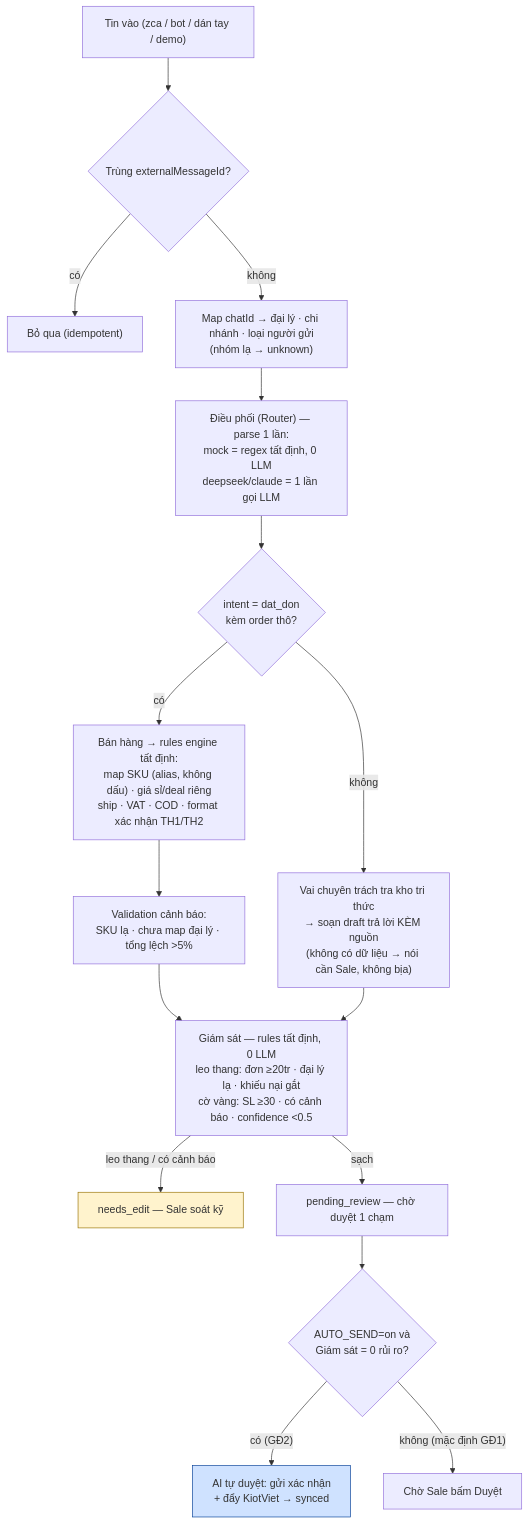
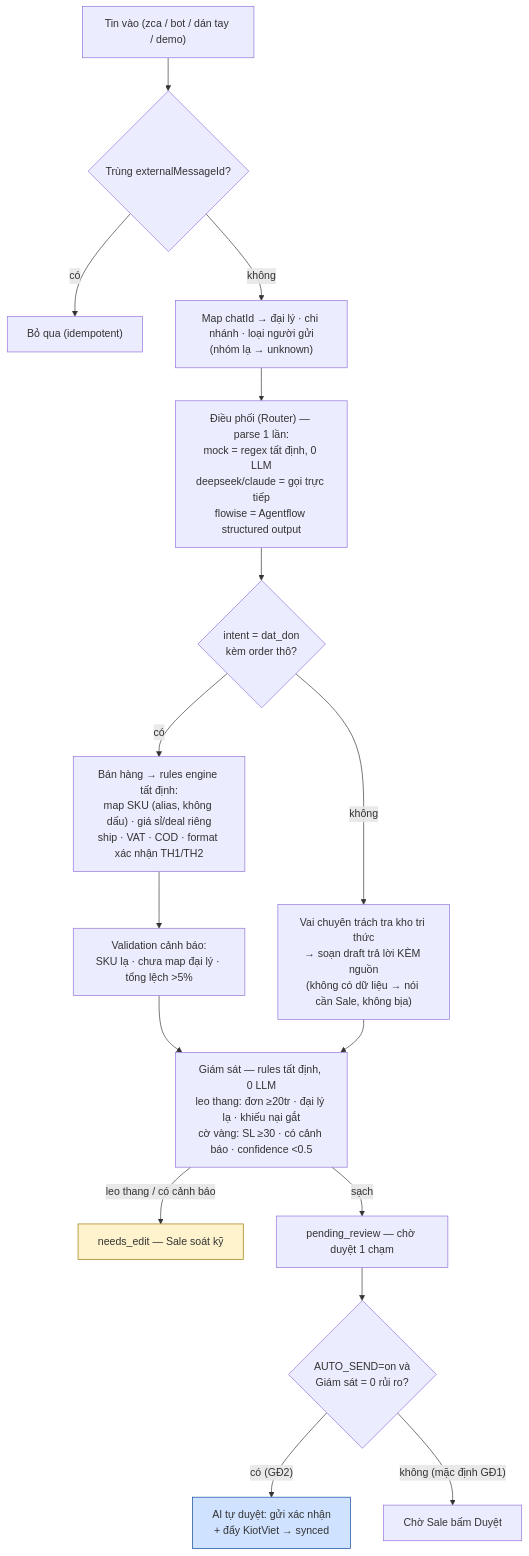
One commit to phungtienviet14-sketch/nexagnet-platform changed the fifth of 12 diagrams in docs/so-do-he-thong.md. Above: the diagram before and after it, drawn with Mermaid. The commit also changed other lines of this file and 43 other files, not shown here.

Commit message:
feat: integrate Flowise parser and GCP pilot stack

````diff
--- a/docs/so-do-he-thong.md
+++ b/docs/so-do-he-thong.md
@@ -230,21 +241,21 @@
 ```mermaid
 flowchart TD
     IN3["Tin vào (zca / bot / dán tay / demo)"] --> DEDUP{"Trùng externalMessageId?"}
     DEDUP -->|có| DROP["Bỏ qua (idempotent)"]
     DEDUP -->|không| RESOLVE["Map chatId → đại lý · chi nhánh · loại người gửi<br/>(nhóm lạ → unknown)"]
-    RESOLVE --> ROUTER["Điều phối (Router) — parse 1 lần:<br/>mock = regex tất định, 0 LLM<br/>deepseek/claude = 1 lần gọi LLM"]
+    RESOLVE --> ROUTER["Điều phối (Router) — parse 1 lần:<br/>mock = regex tất định, 0 LLM<br/>deepseek/claude = gọi trực tiếp<br/>flowise = Agentflow structured output"]
     ROUTER --> ISORDER{"intent = dat_don<br/>kèm order thô?"}
     ISORDER -->|có| PRICE3["Bán hàng → rules engine tất định:<br/>map SKU (alias, không dấu) · giá sỉ/deal riêng<br/>ship · VAT · COD · format xác nhận TH1/TH2"]
     ISORDER -->|không| DRAFT3["Vai chuyên trách tra kho tri thức<br/>→ soạn draft trả lời KÈM nguồn<br/>(không có dữ liệu → nói cần Sale, không bịa)"]
     PRICE3 --> VALID3["Validation cảnh báo:<br/>SKU lạ · chưa map đại lý · tổng lệch >5%"]
     VALID3 --> SUP3
     DRAFT3 --> SUP3["Giám sát — rules tất định, 0 LLM<br/>leo thang: đơn ≥20tr · đại lý lạ · khiếu nại gắt<br/>cờ vàng: SL ≥30 · có cảnh báo · confidence <0.5"]
     SUP3 -->|"leo thang / có cảnh báo"| NE3["needs_edit — Sale soát kỹ"]
     SUP3 -->|sạch| PR3["pending_review — chờ duyệt 1 chạm"]
     PR3 --> AS3{"AUTO_SEND=on và<br/>Giám sát = 0 rủi ro?"}
     AS3 -->|"có (GĐ2)"| AUTO3["AI tự duyệt: gửi xác nhận<br/>+ đẩy KiotViet → synced"]
     AS3 -->|"không (mặc định GĐ1)"| WAIT3["Chờ Sale bấm Duyệt"]
 
     style NE3 fill:#fff3cd,stroke:#997404
     style AUTO3 fill:#cfe2ff,stroke:#084298
 ```
````
